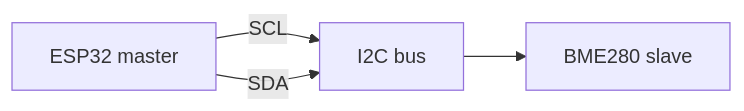
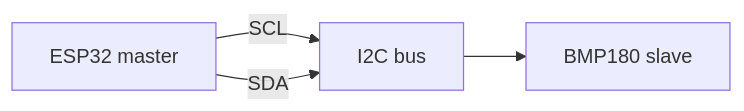
The third of 5 diagrams in docs/lab-praktikum-2026.md (dmytro-kushnir/ppid-labs), drawn with Mermaid before and after one commit. The commit also changed other lines of this file and 16 other files, not shown here.

````diff
--- a/docs/lab-praktikum-2026.md
+++ b/docs/lab-praktikum-2026.md
@@ -2724,6 +2725,6 @@
 ```mermaid
 flowchart LR
   ESP[ESP32 master] -->|SCL| Bus[I2C bus]
   ESP -->|SDA| Bus
-  Bus --> BME[BME280 slave]
+  Bus --> BMP[BMP180 slave]
 ```
````
